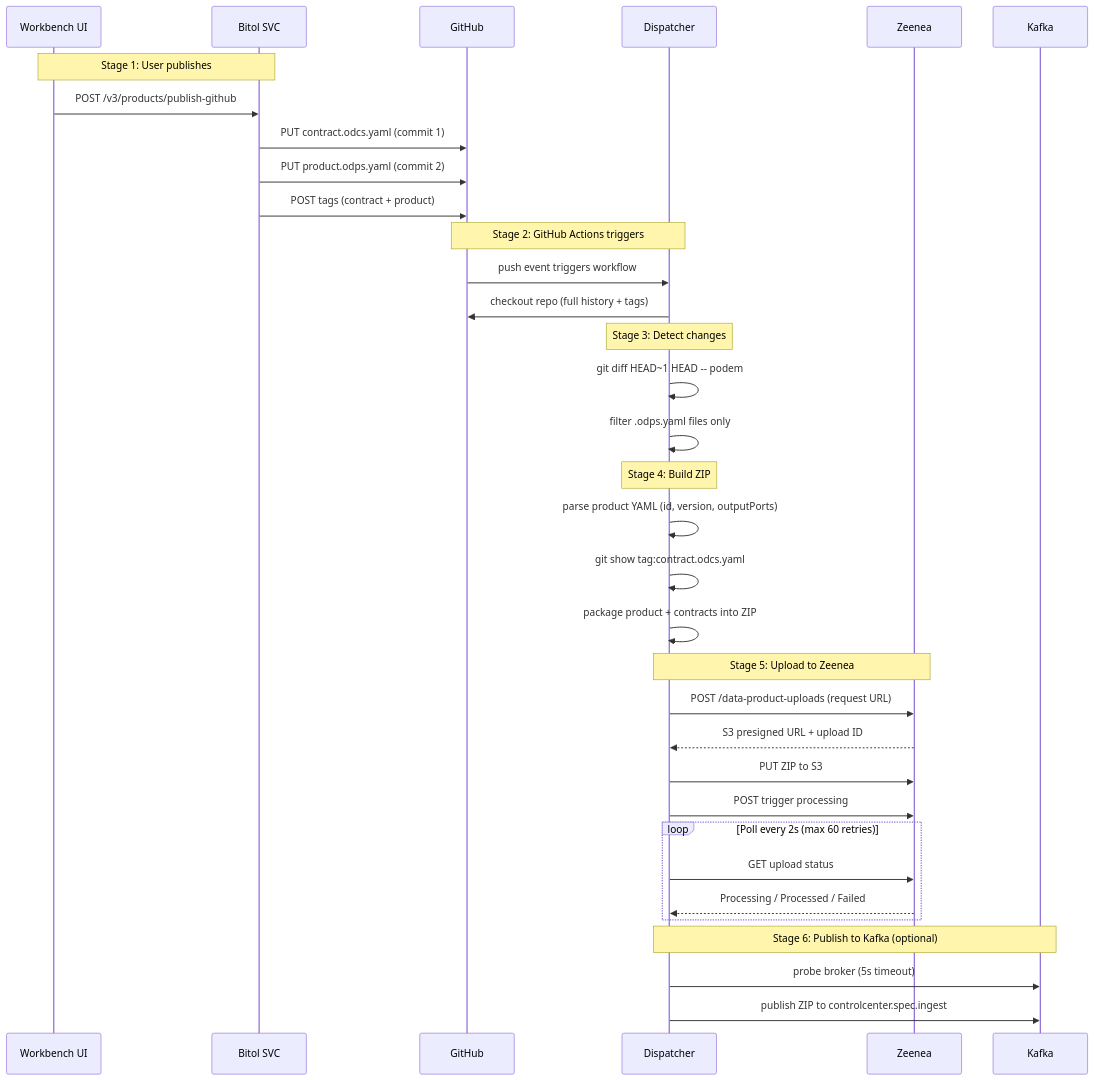
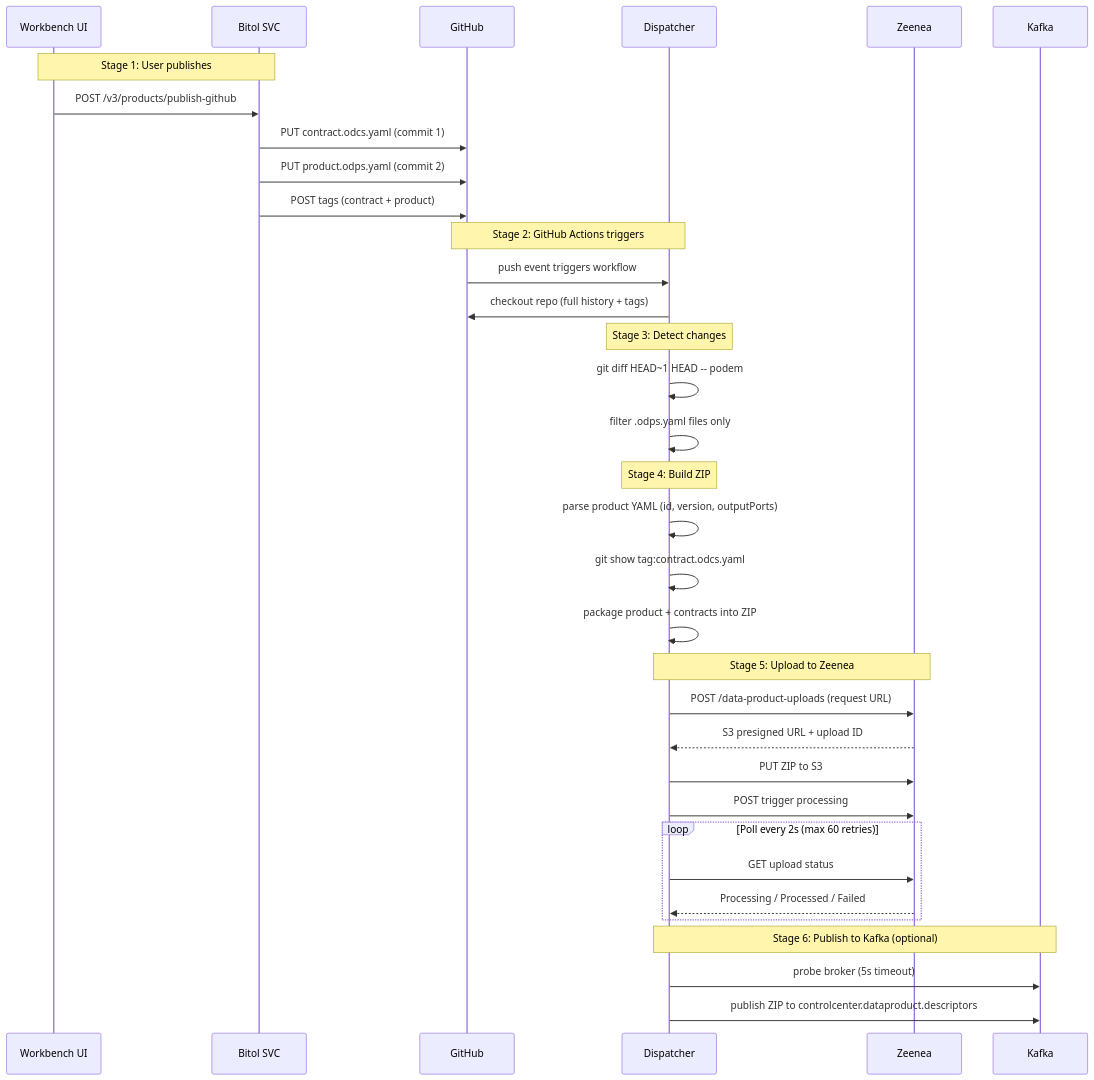
One commit to jgperrin/ai.jgp.dispatcher changed the diagram in README.md. Above: the diagram before and after it, drawn with Mermaid. The commit also changed other lines of this file and 8 other files, not shown here.

````diff
--- a/README.md
+++ b/README.md
@@ -59,42 +59,42 @@
 ```mermaid
 sequenceDiagram
     participant W as Workbench UI
     participant B as Bitol SVC
     participant G as GitHub
     participant D as Dispatcher
     participant Z as Zeenea
     participant K as Kafka
 
     Note over W,B: Stage 1: User publishes
     W->>B: POST /v3/products/publish-github
     B->>G: PUT contract.odcs.yaml (commit 1)
     B->>G: PUT product.odps.yaml (commit 2)
     B->>G: POST tags (contract + product)
 
     Note over G,D: Stage 2: GitHub Actions triggers
     G->>D: push event triggers workflow
     D->>G: checkout repo (full history + tags)
 
     Note over D: Stage 3: Detect changes
     D->>D: git diff HEAD~1 HEAD -- podem
     D->>D: filter .odps.yaml files only
 
     Note over D: Stage 4: Build ZIP
     D->>D: parse product YAML (id, version, outputPorts)
     D->>D: git show tag:contract.odcs.yaml
     D->>D: package product + contracts into ZIP
 
     Note over D,Z: Stage 5: Upload to Zeenea
     D->>Z: POST /data-product-uploads (request URL)
     Z-->>D: S3 presigned URL + upload ID
     D->>Z: PUT ZIP to S3
     D->>Z: POST trigger processing
     loop Poll every 2s (max 60 retries)
         D->>Z: GET upload status
         Z-->>D: Processing / Processed / Failed
     end
 
     Note over D,K: Stage 6: Publish to Kafka (optional)
     D->>K: probe broker (5s timeout)
-    D->>K: publish ZIP to controlcenter.spec.ingest
+    D->>K: publish ZIP to controlcenter.dataproduct.descriptors
 ```
````
